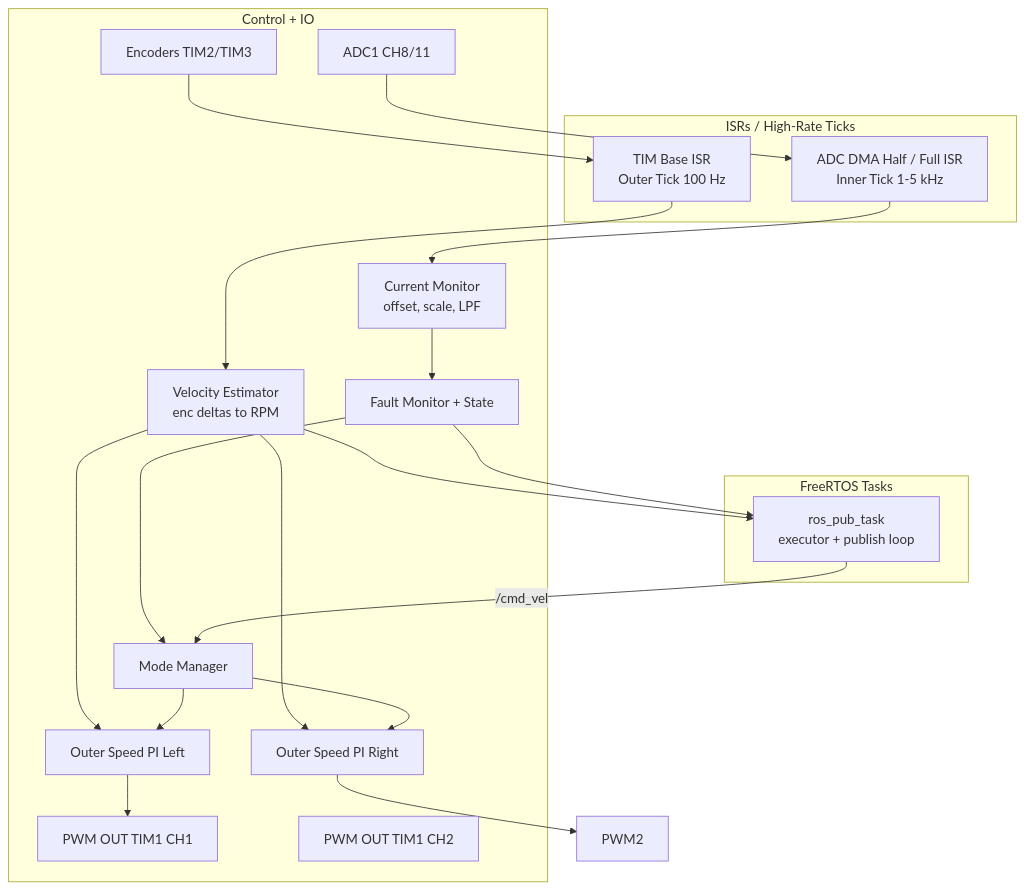
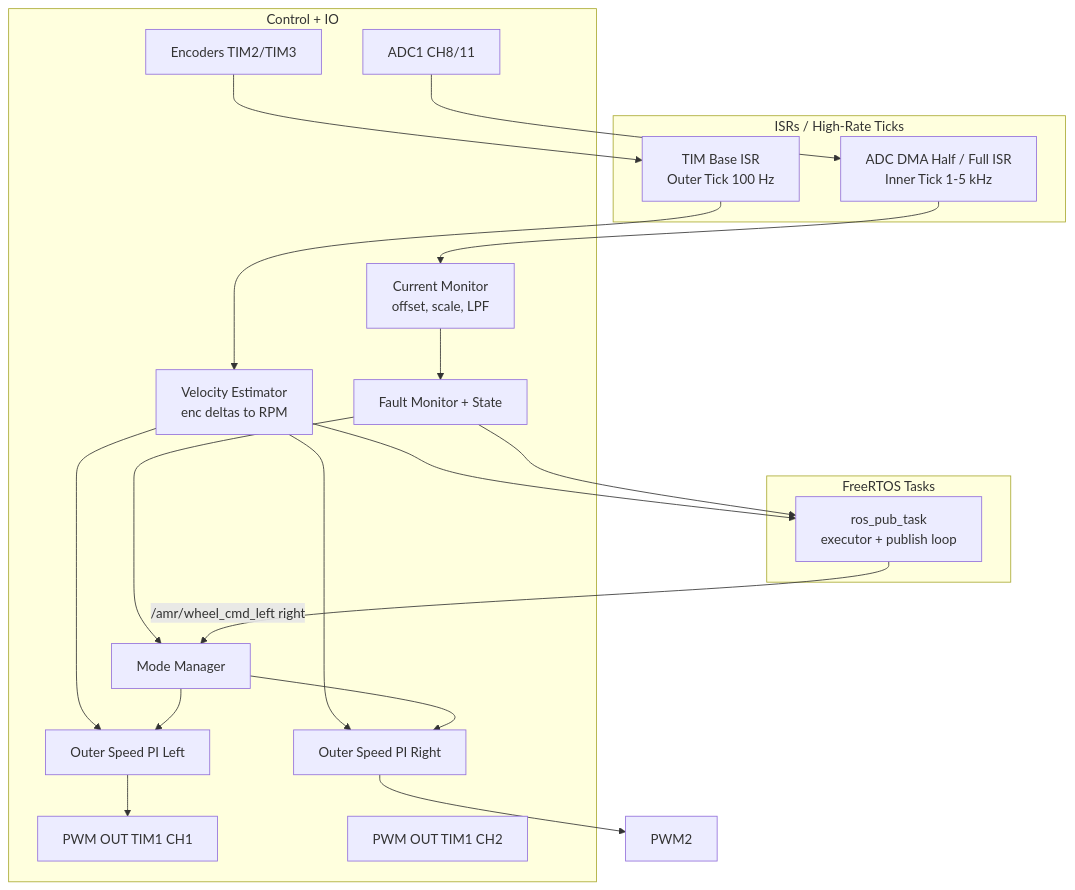
Before and after one commit to KartikMehta-1/AMR-development: the fourth of 4 diagrams in docs/STM_architecture.md, drawn with Mermaid. The commit also changed other lines of this file and 22 other files, not shown here.

````diff
--- a/docs/STM_architecture.md
+++ b/docs/STM_architecture.md
@@ -152,43 +153,43 @@
 ```mermaid
 flowchart TD
   subgraph ISRS[ISRs / High-Rate Ticks]
     ADCISR[ADC DMA Half / Full ISR\nInner Tick 1-5 kHz]
     TIMWISR[TIM Base ISR\nOuter Tick 100 Hz]
   end
 
   subgraph CTRL[Control + IO]
     CURMON[Current Monitor\noffset, scale, LPF]
     W_L[Outer Speed PI Left]
     W_R[Outer Speed PI Right]
     VEL[Velocity Estimator\nenc deltas to RPM]
     SAFE[Fault Monitor + State]    
     MODE[Mode Manager]    
     PWM1[PWM OUT TIM1 CH1]    
     WM2[PWM OUT TIM1 CH2]    
     ENC[Encoders TIM2/TIM3]    
     ADC[ADC1 CH8/11]
   end
 
   subgraph TASKS[FreeRTOS Tasks]
     RPUB[ros_pub_task\nexecutor + publish loop]
   end
 
   ADC --> ADCISR
   ADCISR --> CURMON
   ENC --> TIMWISR
   TIMWISR --> VEL
 
   VEL --> W_L
   VEL --> W_R
   CURMON --> SAFE
   SAFE --> MODE
   MODE --> W_L
   MODE --> W_R
 
   W_L --> PWM1
   W_R --> PWM2
 
-  RPUB -->|/cmd_vel| MODE
+  RPUB -->|/amr/wheel_cmd_left right| MODE
   VEL --> RPUB
   SAFE --> RPUB
 ```
````
